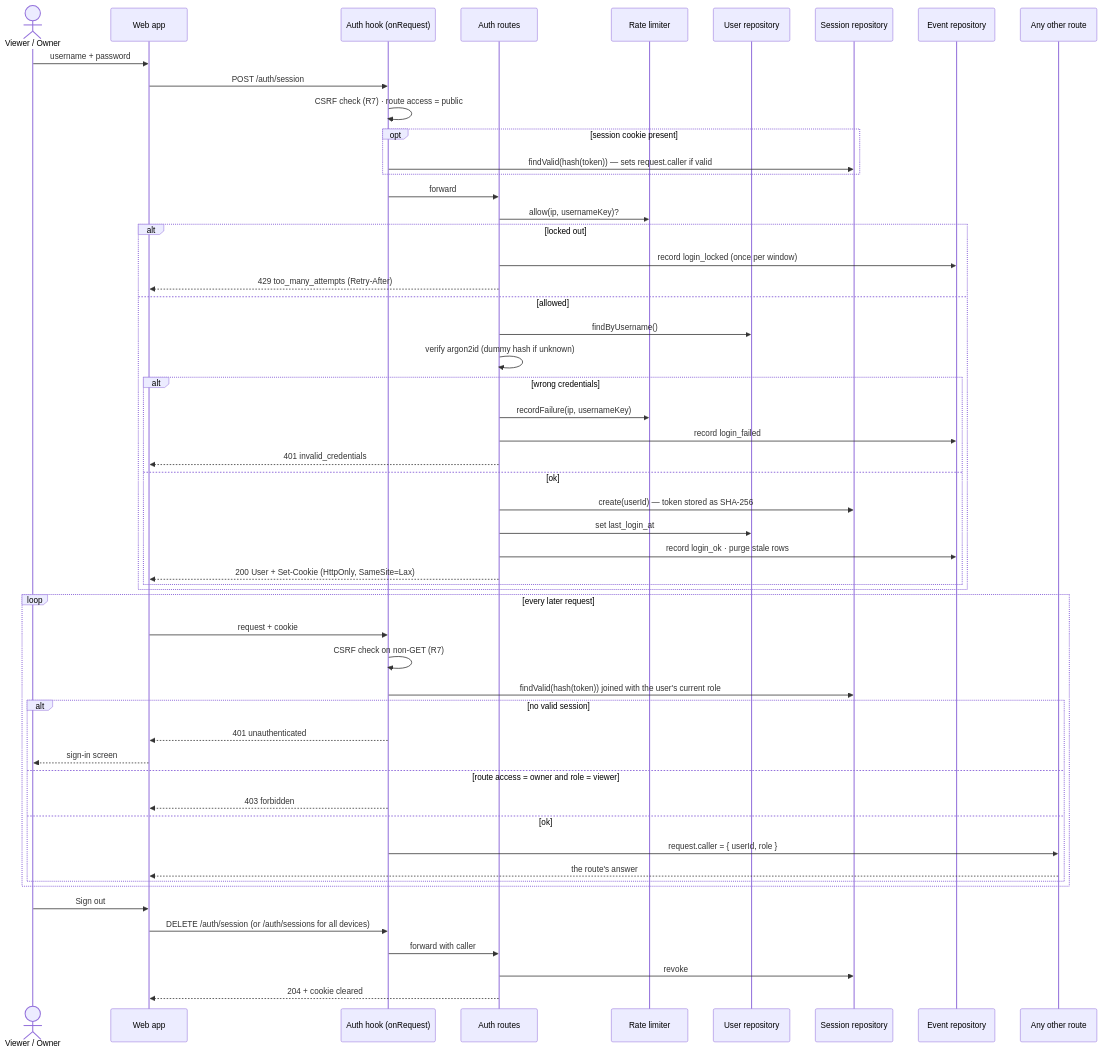
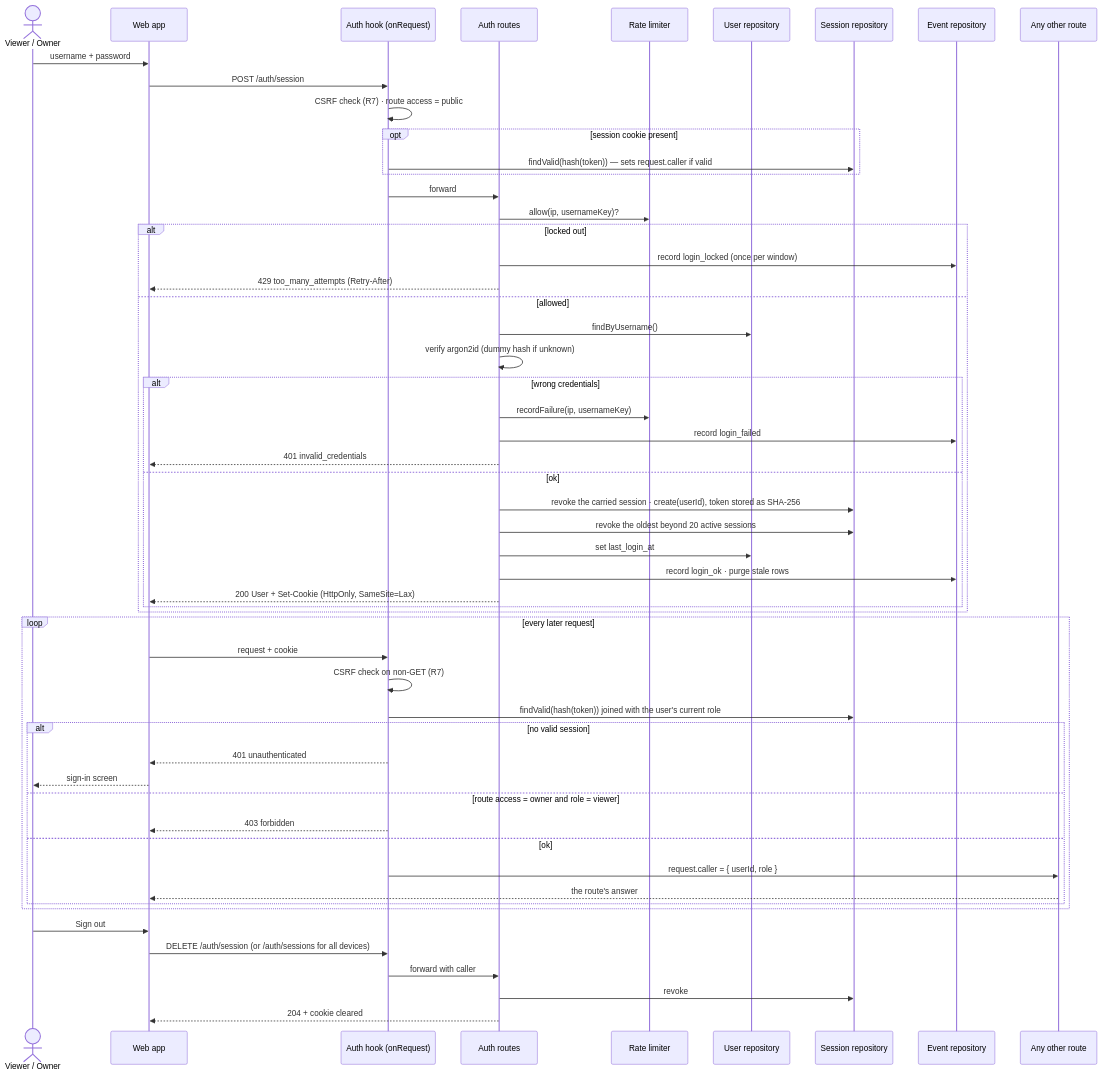
The diagram in docs/architecture/diagrams/auth/02-sequence-sign-in.md (benoit-bremaud/popcorntv), drawn with Mermaid before and after one commit. The commit also changed 4 other files, not shown here.

````diff
--- a/docs/architecture/diagrams/auth/02-sequence-sign-in.md
+++ b/docs/architecture/diagrams/auth/02-sequence-sign-in.md
@@ -14,59 +14,60 @@
 ```mermaid
 sequenceDiagram
   actor U as Viewer / Owner
   participant W as Web app
   participant H as Auth hook (onRequest)
   participant API as Auth routes
   participant RL as Rate limiter
   participant UR as User repository
   participant SR as Session repository
   participant EL as Event repository
   participant R as Any other route
 
   U->>W: username + password
   W->>H: POST /auth/session
   H->>H: CSRF check (R7) · route access = public
   opt session cookie present
     H->>SR: findValid(hash(token)) — sets request.caller if valid
   end
   H->>API: forward
   API->>RL: allow(ip, usernameKey)?
   alt locked out
     API->>EL: record login_locked (once per window)
     API-->>W: 429 too_many_attempts (Retry-After)
   else allowed
     API->>UR: findByUsername()
     API->>API: verify argon2id (dummy hash if unknown)
     alt wrong credentials
       API->>RL: recordFailure(ip, usernameKey)
       API->>EL: record login_failed
       API-->>W: 401 invalid_credentials
     else ok
-      API->>SR: create(userId) — token stored as SHA-256
+      API->>SR: revoke the carried session · create(userId), token stored as SHA-256
+      API->>SR: revoke the oldest beyond 20 active sessions
       API->>UR: set last_login_at
       API->>EL: record login_ok · purge stale rows
       API-->>W: 200 User + Set-Cookie (HttpOnly, SameSite=Lax)
     end
   end
 
   loop every later request
     W->>H: request + cookie
     H->>H: CSRF check on non-GET (R7)
     H->>SR: findValid(hash(token)) joined with the user's current role
     alt no valid session
       H-->>W: 401 unauthenticated
       W-->>U: sign-in screen
     else route access = owner and role = viewer
       H-->>W: 403 forbidden
     else ok
       H->>R: request.caller = { userId, role }
       R-->>W: the route's answer
     end
   end
 
   U->>W: Sign out
   W->>H: DELETE /auth/session (or /auth/sessions for all devices)
   H->>API: forward with caller
   API->>SR: revoke
   API-->>W: 204 + cookie cleared
 ```
````
